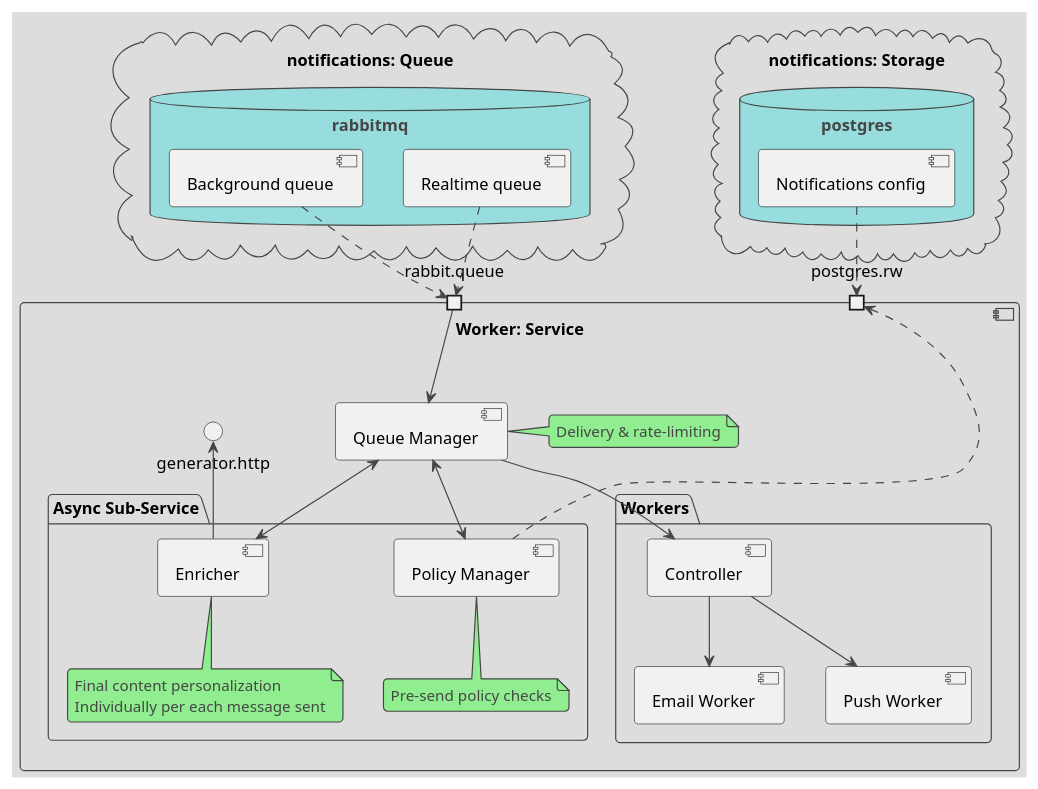
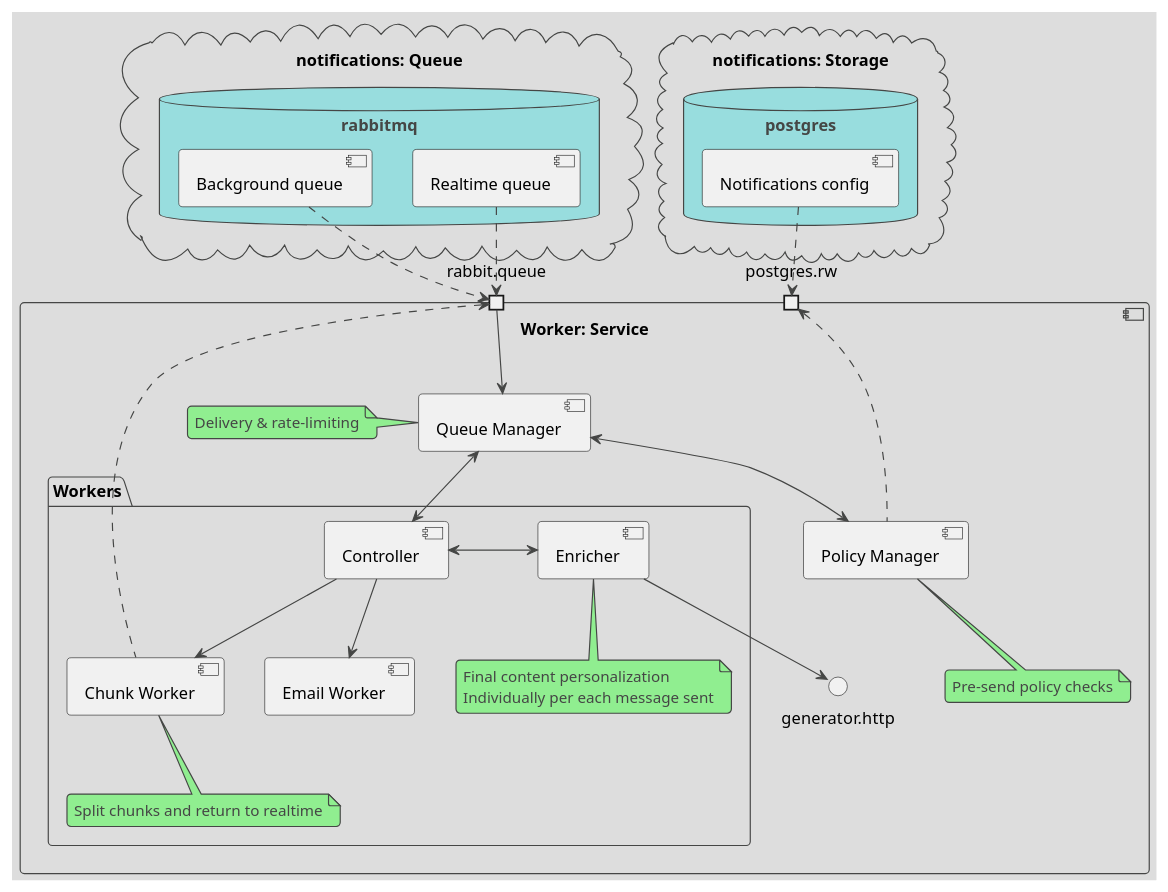
Before and after one commit to ilya-spy/notifications_sprint_1: the diagram in doc/arch/notifications_worker.puml, drawn with PlantUML. The commit also changed 12 other files, not shown here.

```diff
--- a/doc/arch/notifications_worker.puml
+++ b/doc/arch/notifications_worker.puml
@@ -1,68 +1,69 @@
 @startuml "Notifications worker module"
 !theme toy
 '''Часть сервиса уведомлений, отвечающая за доставку уведомлений в каналы распространения''
 
 
 '''Хранилища и внешние сервисы'''
 cloud "notifications: Queue" {
     database "rabbitmq" {
         [Realtime queue]
         [Background queue]
     }
 }
 
 cloud "notifications: Storage" {
     database "postgres" {
         [Notifications config]
 
     }
 }
 
 
 '''Компоненты бизнес-логики'''
 component "Worker: Service" {
     'Внешние интерфейсы службы'
     portin rabbit.queue
     portin postgres.rw
 
     'Компоненты службы'
     [Queue Manager]
-    note right of [Queue Manager]: Delivery & rate-limiting
+    note left of [Queue Manager]: Delivery & rate-limiting
 
+    [Policy Manager]
+    note bottom of [Policy Manager]: Pre-send policy checks
 
     package "Workers" {
         [Controller]
-        [Email Worker]
-        [Push Worker]
-    }
-
-    package "Async Sub-Service" {
-        [Policy Manager]
-        note bottom of [Policy Manager]: Pre-send policy checks
 
         [Enricher]
         note bottom of [Enricher]: Final content personalization\nIndividually per each message sent
+
+        [Email Worker]
+
+        [Chunk Worker]
+        note bottom of [Chunk Worker]: Split chunks and return to realtime
     }
 
     'Внутренние каналы службы'
-    [Queue Manager] --> [Controller]
+    [Queue Manager] <--> [Controller]
+    [Controller]    <-> [Enricher]
     [Queue Manager] <--> [Policy Manager]
-    [Queue Manager] <--> [Enricher]
 
     [Controller] --> [Email Worker]
-    [Controller] --> [Push Worker]
+    [Controller] -->  [Chunk Worker]
 
     'Обслуживание внешних интерфейсы'
     rabbit.queue -->  [Queue Manager]
+    rabbit.queue <..  [Chunk Worker]
     postgres.rw  <..  [Policy Manager]
     
-    [Enricher] -up-> generator.http
+    [Enricher] --> generator.http
 }
 
 
 '''Обслуживание внешних и облачных сервисов'''
 [Background queue] ..> rabbit.queue
 [Realtime queue]   ..> rabbit.queue
 [Notifications config] ..> postgres.rw
 
 @enduml
```
